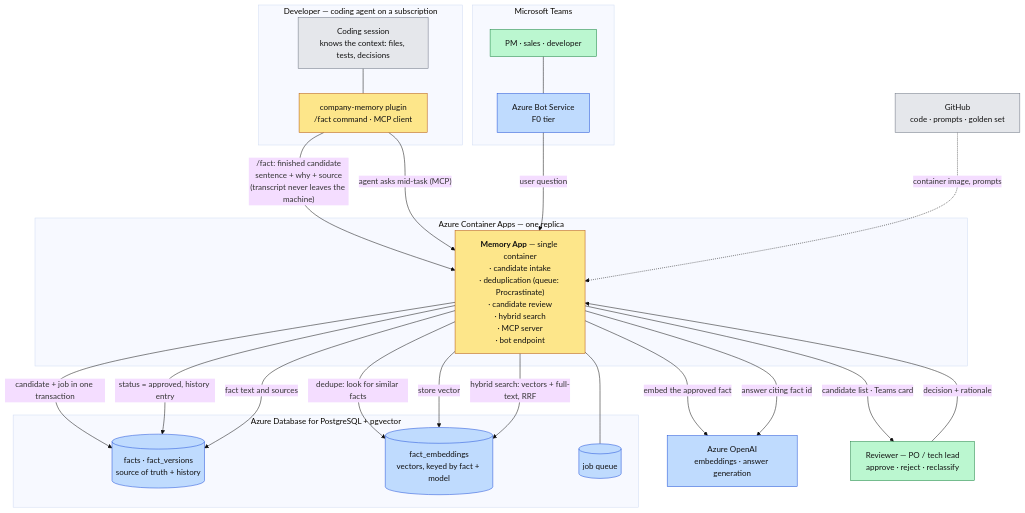
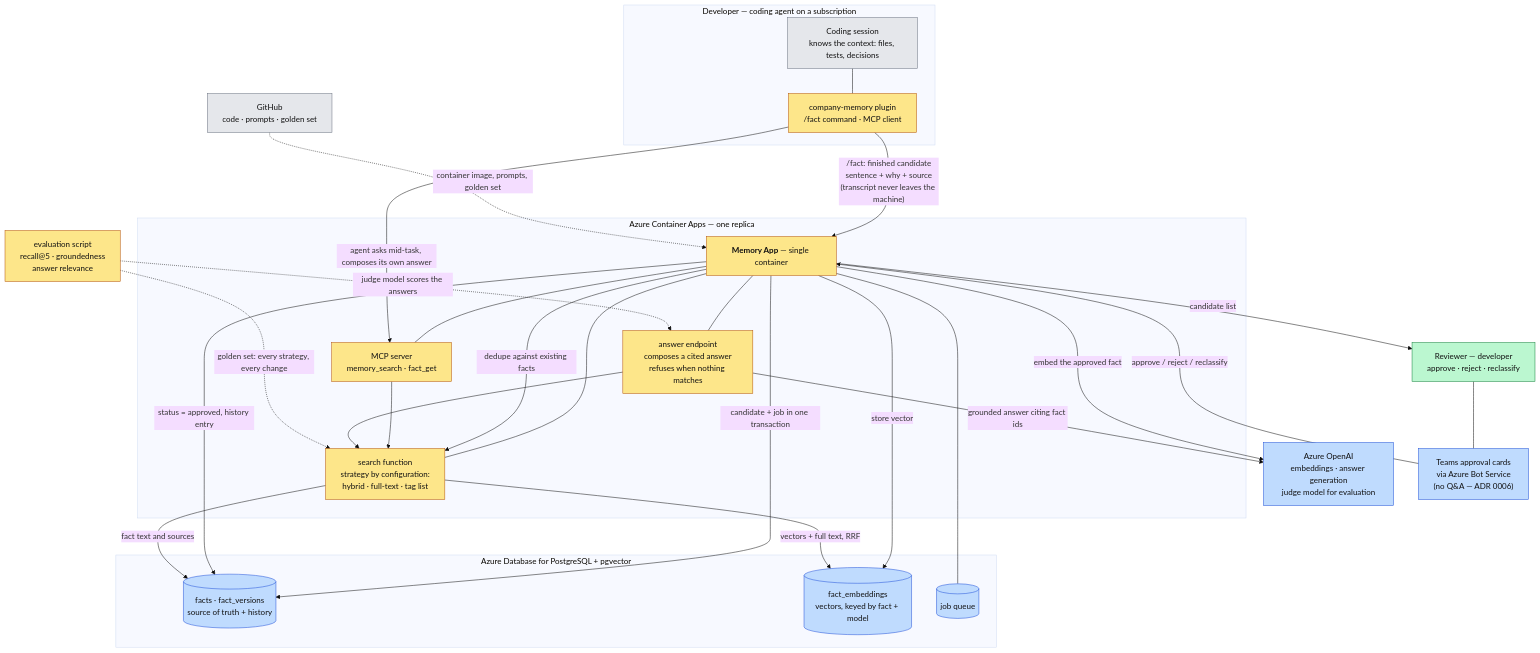
Before and after one commit to sparrow-wsad/gragas: the diagram in docs/architecture.mermaid, drawn with Mermaid (base theme). The commit also changed 5 other files, not shown here.

```diff
--- a/docs/architecture.mermaid
+++ b/docs/architecture.mermaid
@@ -1,59 +1,67 @@
-%% Fact memory architecture — state after ADR 0001–0005
+%% Fact memory architecture — state after ADR 0001–0006
 %% Colours: yellow = we build it, blue = Azure service,
 %% green = people, grey = existing / external
 
 flowchart TB
 
   subgraph DEV["Developer — coding agent on a subscription"]
     CC["Coding session<br/>knows the context: files, tests, decisions"]:::ext
     PL["company-memory plugin<br/>/fact command · MCP client"]:::ours
     CC --- PL
   end
 
   subgraph ACA["Azure Container Apps — one replica"]
-    APP["<b>Memory App</b> — single container<br/>· candidate intake<br/>· deduplication (queue: Procrastinate)<br/>· candidate review<br/>· hybrid search<br/>· MCP server<br/>· bot endpoint"]:::ours
+    APP["<b>Memory App</b> — single container"]:::ours
+    SEARCH["search function<br/>strategy by configuration:<br/>hybrid · full-text · tag list"]:::ours
+    ANSWER["answer endpoint<br/>composes a cited answer<br/>refuses when nothing matches"]:::ours
+    MCPS["MCP server<br/>memory_search · fact_get"]:::ours
+    APP --- SEARCH
+    APP --- ANSWER
+    APP --- MCPS
   end
 
   subgraph PG["Azure Database for PostgreSQL + pgvector"]
     FACTS[("facts · fact_versions<br/>source of truth + history")]:::azure
     EMB[("fact_embeddings<br/>vectors, keyed by fact + model")]:::azure
     Q[("job queue")]:::azure
   end
 
-  AOAI["Azure OpenAI<br/>embeddings · answer generation"]:::azure
+  AOAI["Azure OpenAI<br/>embeddings · answer generation<br/>judge model for evaluation"]:::azure
 
-  subgraph TEAMS["Microsoft Teams"]
-    USR["PM · sales · developer"]:::human
-    ABS["Azure Bot Service<br/>F0 tier"]:::azure
-    USR --- ABS
-  end
-
-  REV["Reviewer — PO / tech lead<br/>approve · reject · reclassify"]:::human
+  REV["Reviewer — developer<br/>approve · reject · reclassify"]:::human
+  CARDS["Teams approval cards<br/>via Azure Bot Service<br/>(no Q&A — ADR 0006)"]:::azure
   REPO["GitHub<br/>code · prompts · golden set"]:::ext
+  EVAL["evaluation script<br/>recall@5 · groundedness<br/>answer relevance"]:::ours
 
   %% ---------- WRITE ----------
   PL -- "/fact: finished candidate<br/>sentence + why + source<br/>(transcript never leaves the machine)" --> APP
   APP -- "candidate + job in one transaction" --> FACTS
   APP --- Q
-  APP -- "dedupe: look for similar facts" --> EMB
+  APP -- "dedupe against existing facts" --> SEARCH
 
   %% ---------- REVIEW ----------
-  APP -- "candidate list · Teams card" --> REV
-  REV -- "decision + rationale" --> APP
+  APP -- "candidate list" --> REV
+  CARDS -- "approve / reject / reclassify" --> APP
+  REV --- CARDS
   APP -- "status = approved, history entry" --> FACTS
   APP -- "embed the approved fact" --> AOAI
   APP -- "store vector" --> EMB
 
   %% ---------- READ ----------
-  PL -- "agent asks mid-task (MCP)" --> APP
-  ABS -- "user question" --> APP
-  APP -- "hybrid search: vectors + full-text, RRF" --> EMB
-  APP -- "fact text and sources" --> FACTS
-  APP -- "answer citing fact id" --> AOAI
+  PL -- "agent asks mid-task, composes its own answer" --> MCPS
+  MCPS --> SEARCH
+  SEARCH -- "vectors + full text, RRF" --> EMB
+  SEARCH -- "fact text and sources" --> FACTS
+  ANSWER --> SEARCH
+  ANSWER -- "grounded answer citing fact ids" --> AOAI
 
-  REPO -. "container image, prompts" .-> APP
+  %% ---------- MEASUREMENT ----------
+  EVAL -. "golden set: every strategy, every change" .-> SEARCH
+  EVAL -. "judge model scores the answers" .-> ANSWER
+
+  REPO -. "container image, prompts, golden set" .-> APP
 
   classDef ours fill:#fde68a,stroke:#b45309,color:#111
   classDef azure fill:#bfdbfe,stroke:#1d4ed8,color:#111
   classDef human fill:#bbf7d0,stroke:#15803d,color:#111
   classDef ext fill:#e5e7eb,stroke:#6b7280,color:#111
```
